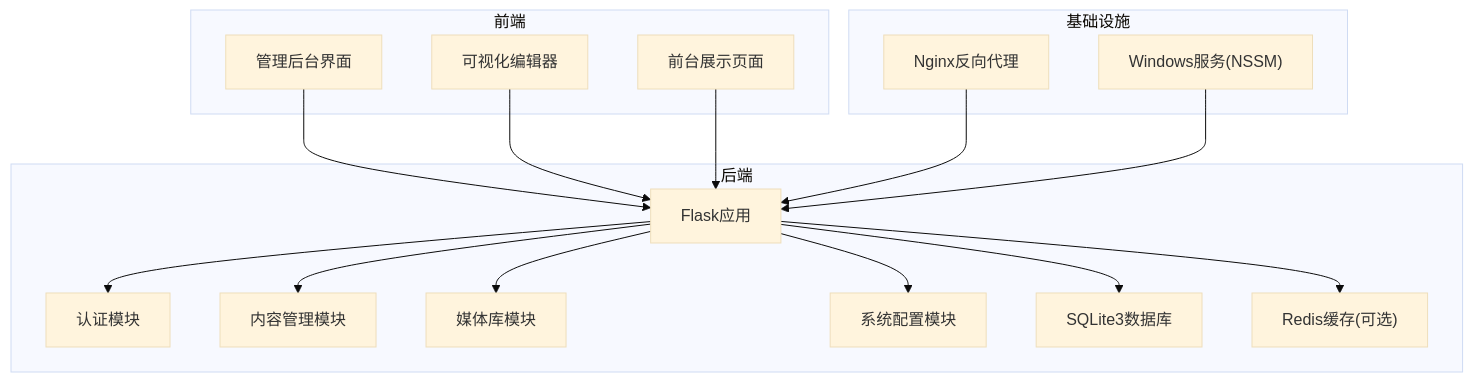
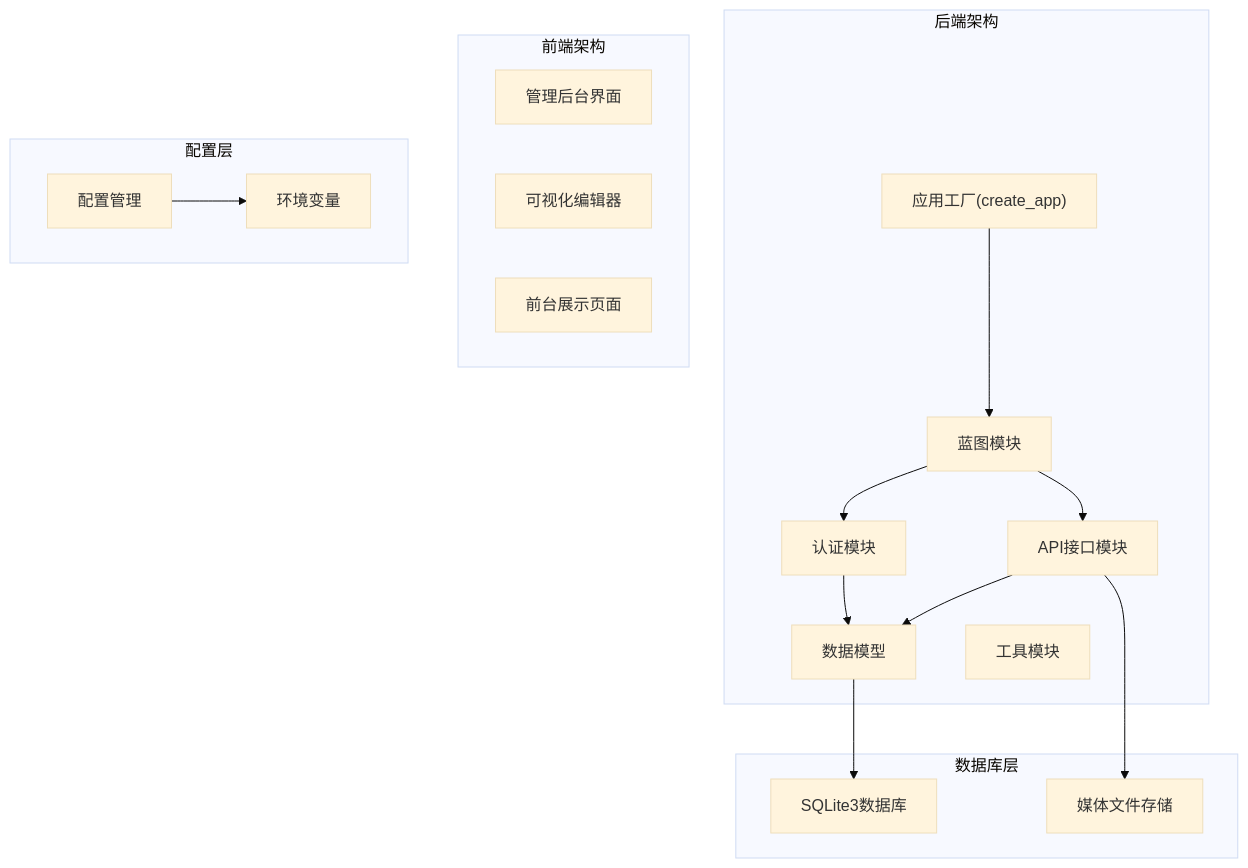
Before and after one commit to wyg5208/website_diy: the first of 15 diagrams in .qoder/repowiki/zh/content/后台管理系统/后台管理系统.md, drawn with Mermaid (base theme). The commit also changed other lines of this file and 43 other files, not shown here.

````diff
--- a/.qoder/repowiki/zh/content/后台管理系统/后台管理系统.md
+++ b/.qoder/repowiki/zh/content/后台管理系统/后台管理系统.md
@@ -30,32 +53,32 @@
 ```mermaid
 graph TB
-subgraph "前端"
-Admin["管理后台界面"]
+subgraph "后端架构"
+App["应用工厂(create_app)"]
+Blueprints["蓝图模块"]
+Models["数据模型"]
+Auth["认证模块"]
+API["API接口模块"]
+Utils["工具模块"]
+end
+subgraph "前端架构"
+AdminUI["管理后台界面"]
 Editor["可视化编辑器"]
-Front["前台展示页面"]
+Frontend["前台展示页面"]
 end
-subgraph "后端"
-Flask["Flask应用"]
-Auth["认证模块"]
-Content["内容管理模块"]
-Media["媒体库模块"]
-Config["系统配置模块"]
-DB["SQLite3数据库"]
-Cache["Redis缓存(可选)"]
+subgraph "数据库层"
+SQLite["SQLite3数据库"]
+Media["媒体文件存储"]
 end
-subgraph "基础设施"
-Nginx["Nginx反向代理"]
-WinSvc["Windows服务(NSSM)"]
+subgraph "配置层"
+Config["配置管理"]
+Env["环境变量"]
 end
-Admin --> Flask
-Editor --> Flask
-Front --> Flask
-Flask --> Auth
-Flask --> Content
-Flask --> Media
-Flask --> Config
-Flask --> DB
-Flask --> Cache
-Nginx --> Flask
-WinSvc --> Flask
+App --> Blueprints
+Blueprints --> Auth
+Blueprints --> API
+API --> Models
+Auth --> Models
+Models --> SQLite
+API --> Media
+Config --> Env
 ```
````
